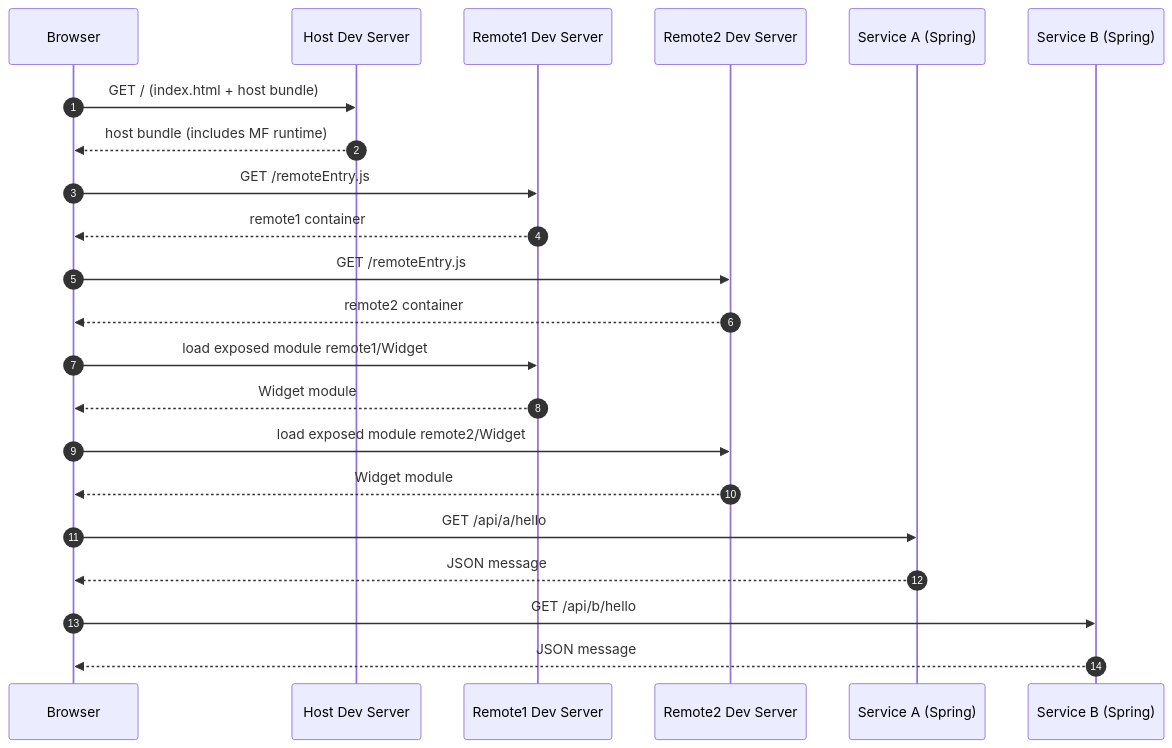
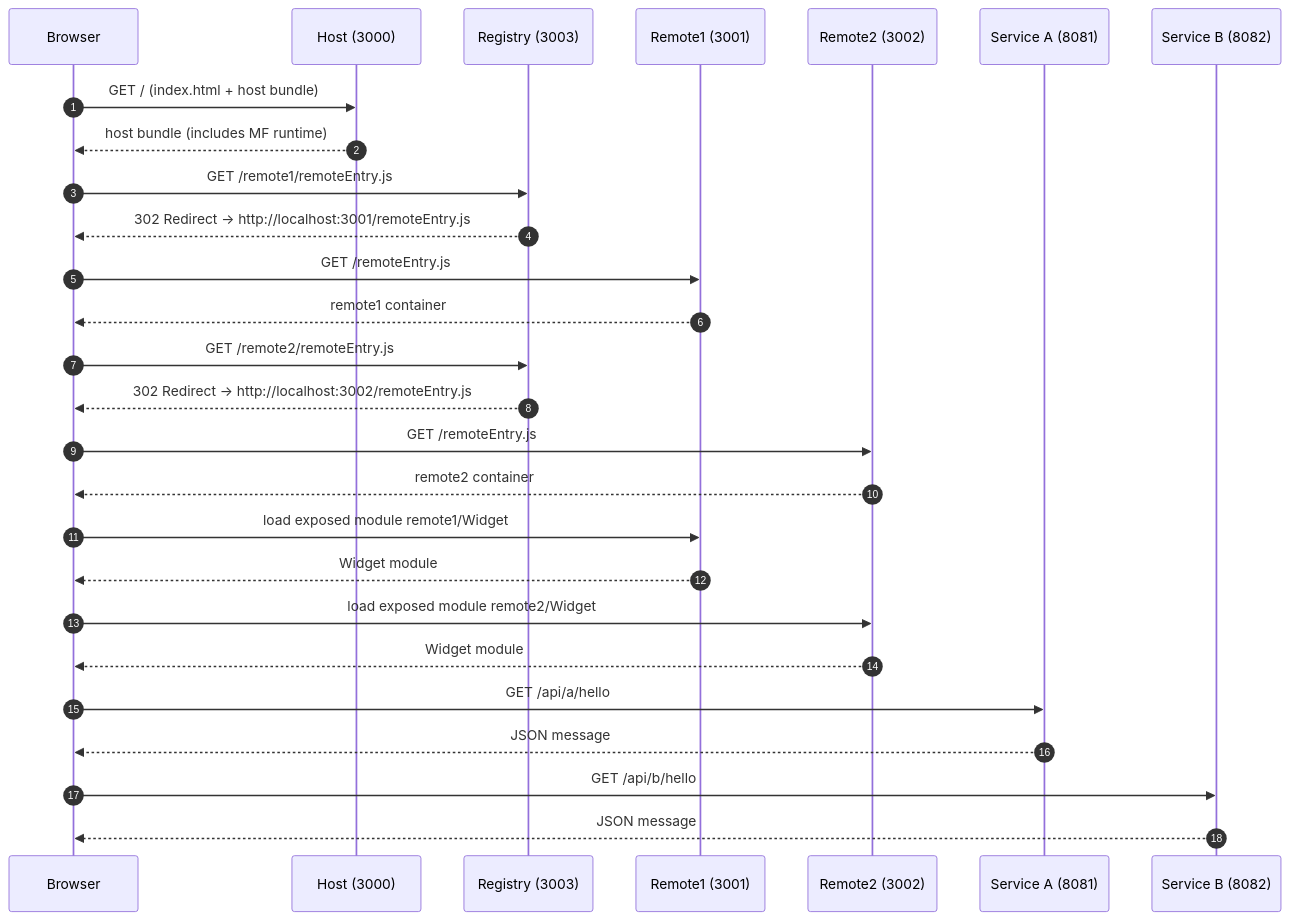
Before and after one commit to pmalirz/microfrontend-showcase: the diagram in README.md, drawn with Mermaid. The commit also changed other lines of this file, not shown here.

Commit message:
feat: Document the new module federation registry, update runtime flow and sequence diagram for remote module loading via the registry, and add port numbers.

````diff
--- a/README.md
+++ b/README.md
@@ -70,25 +74,37 @@
 ```mermaid
 sequenceDiagram
   autonumber
   participant Browser
-  participant HostDev as Host Dev Server
-  participant Remote1 as Remote1 Dev Server
-  participant Remote2 as Remote2 Dev Server
-  participant SvcA as Service A (Spring)
-  participant SvcB as Service B (Spring)
+  participant HostDev as Host (3000)
+  participant Registry as Registry (3003)
+  participant Remote1 as Remote1 (3001)
+  participant Remote2 as Remote2 (3002)
+  participant SvcA as Service A (8081)
+  participant SvcB as Service B (8082)
 
   Browser->>HostDev: GET / (index.html + host bundle)
   HostDev-->>Browser: host bundle (includes MF runtime)
+  
+  %% Remote 1 Loading via Registry
+  Browser->>Registry: GET /remote1/remoteEntry.js
+  Registry-->>Browser: 302 Redirect -> http://localhost:3001/remoteEntry.js
   Browser->>Remote1: GET /remoteEntry.js
   Remote1-->>Browser: remote1 container
+
+  %% Remote 2 Loading via Registry
+  Browser->>Registry: GET /remote2/remoteEntry.js
+  Registry-->>Browser: 302 Redirect -> http://localhost:3002/remoteEntry.js
   Browser->>Remote2: GET /remoteEntry.js
   Remote2-->>Browser: remote2 container
+
+  %% Execution & Data Fetching
   Browser->>Remote1: load exposed module remote1/Widget
   Remote1-->>Browser: Widget module
   Browser->>Remote2: load exposed module remote2/Widget
   Remote2-->>Browser: Widget module
+  
   Browser->>SvcA: GET /api/a/hello
   SvcA-->>Browser: JSON message
   Browser->>SvcB: GET /api/b/hello
   SvcB-->>Browser: JSON message
 ```
````
